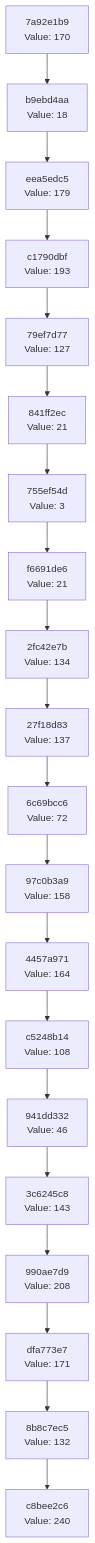
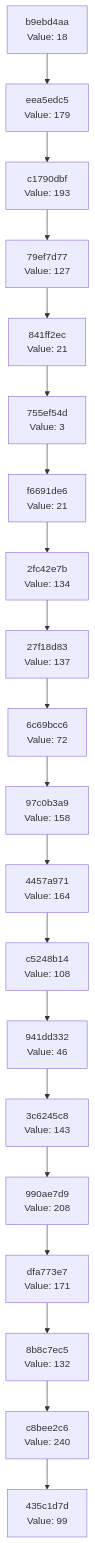
Before and after one commit to Abhisheksinha1506/hash-chain-evolver: the diagram in docs/CHAIN_VISUALIZATION.md, drawn with Mermaid. The commit also changed 2 other files, not shown here.

Commit message:
Evolution Step

````diff
--- a/docs/CHAIN_VISUALIZATION.md
+++ b/docs/CHAIN_VISUALIZATION.md
@@ -3,42 +3,42 @@
 ```mermaid
 graph TD
-    C0["c8bee2c6<br/>Value: 240"]
-    C1["8b8c7ec5<br/>Value: 132"]
+    C0["435c1d7d<br/>Value: 99"]
+    C1["c8bee2c6<br/>Value: 240"]
     C1 --> C0
-    C2["dfa773e7<br/>Value: 171"]
+    C2["8b8c7ec5<br/>Value: 132"]
     C2 --> C1
-    C3["990ae7d9<br/>Value: 208"]
+    C3["dfa773e7<br/>Value: 171"]
     C3 --> C2
-    C4["3c6245c8<br/>Value: 143"]
+    C4["990ae7d9<br/>Value: 208"]
     C4 --> C3
-    C5["941dd332<br/>Value: 46"]
+    C5["3c6245c8<br/>Value: 143"]
     C5 --> C4
-    C6["c5248b14<br/>Value: 108"]
+    C6["941dd332<br/>Value: 46"]
     C6 --> C5
-    C7["4457a971<br/>Value: 164"]
+    C7["c5248b14<br/>Value: 108"]
     C7 --> C6
-    C8["97c0b3a9<br/>Value: 158"]
+    C8["4457a971<br/>Value: 164"]
     C8 --> C7
-    C9["6c69bcc6<br/>Value: 72"]
+    C9["97c0b3a9<br/>Value: 158"]
     C9 --> C8
-    C10["27f18d83<br/>Value: 137"]
+    C10["6c69bcc6<br/>Value: 72"]
     C10 --> C9
-    C11["2fc42e7b<br/>Value: 134"]
+    C11["27f18d83<br/>Value: 137"]
     C11 --> C10
-    C12["f6691de6<br/>Value: 21"]
+    C12["2fc42e7b<br/>Value: 134"]
     C12 --> C11
-    C13["755ef54d<br/>Value: 3"]
+    C13["f6691de6<br/>Value: 21"]
     C13 --> C12
-    C14["841ff2ec<br/>Value: 21"]
+    C14["755ef54d<br/>Value: 3"]
     C14 --> C13
-    C15["79ef7d77<br/>Value: 127"]
+    C15["841ff2ec<br/>Value: 21"]
     C15 --> C14
-    C16["c1790dbf<br/>Value: 193"]
+    C16["79ef7d77<br/>Value: 127"]
     C16 --> C15
-    C17["eea5edc5<br/>Value: 179"]
+    C17["c1790dbf<br/>Value: 193"]
     C17 --> C16
-    C18["b9ebd4aa<br/>Value: 18"]
+    C18["eea5edc5<br/>Value: 179"]
     C18 --> C17
-    C19["7a92e1b9<br/>Value: 170"]
+    C19["b9ebd4aa<br/>Value: 18"]
     C19 --> C18
 ```
````
